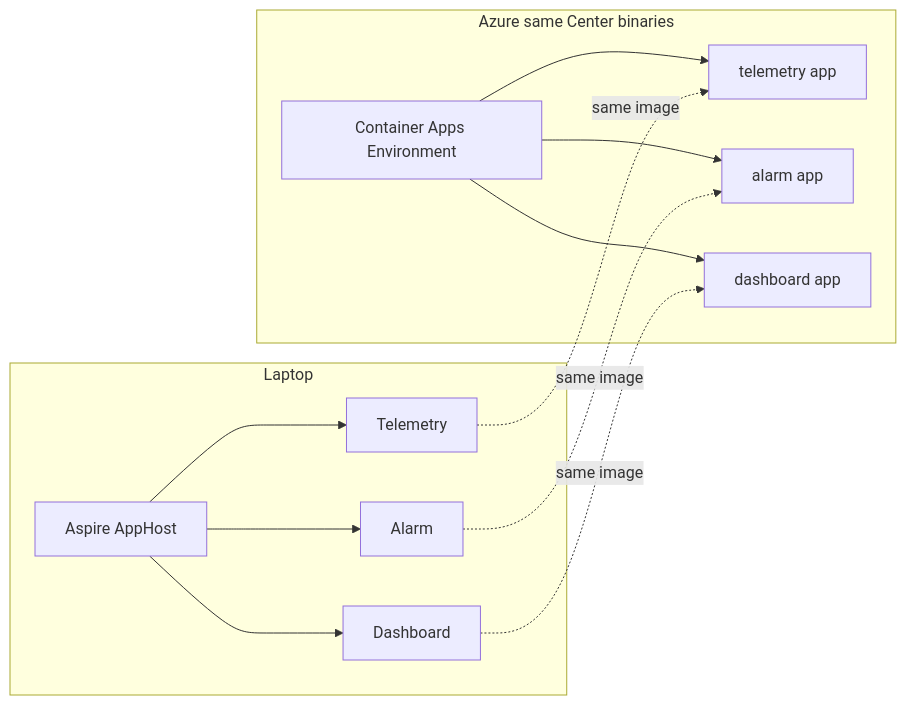
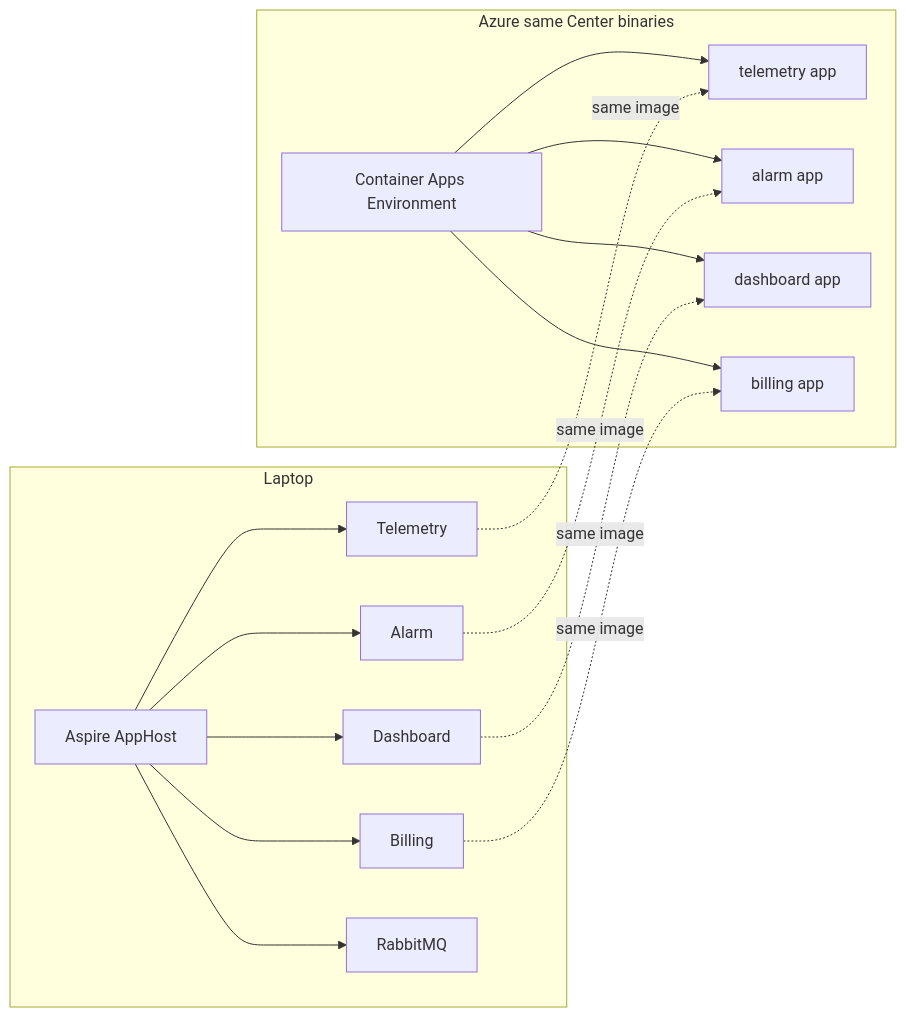
Before and after one commit to muxare/DuckNet: the first of 4 diagrams in docs/azure-deployment.md, drawn with Mermaid. The commit also changed other lines of this file and 7 other files, not shown here.

````diff
--- a/docs/azure-deployment.md
+++ b/docs/azure-deployment.md
@@ -13,24 +13,31 @@
 ```mermaid
 flowchart LR
   subgraph laptop [Laptop]
     AH[Aspire AppHost]
     T1[Telemetry]
     A1[Alarm]
     D1[Dashboard]
+    B1[Billing]
+    MQ1[RabbitMQ]
     AH --> T1
     AH --> A1
     AH --> D1
+    AH --> B1
+    AH --> MQ1
   end
   subgraph azure [Azure same Center binaries]
     Env[Container Apps Environment]
     T2[telemetry app]
     A2[alarm app]
     D2[dashboard app]
+    B2[billing app]
     Env --> T2
     Env --> A2
     Env --> D2
+    Env --> B2
   end
   T1 -.->|same image| T2
   A1 -.->|same image| A2
   D1 -.->|same image| D2
+  B1 -.->|same image| B2
 ```
````
